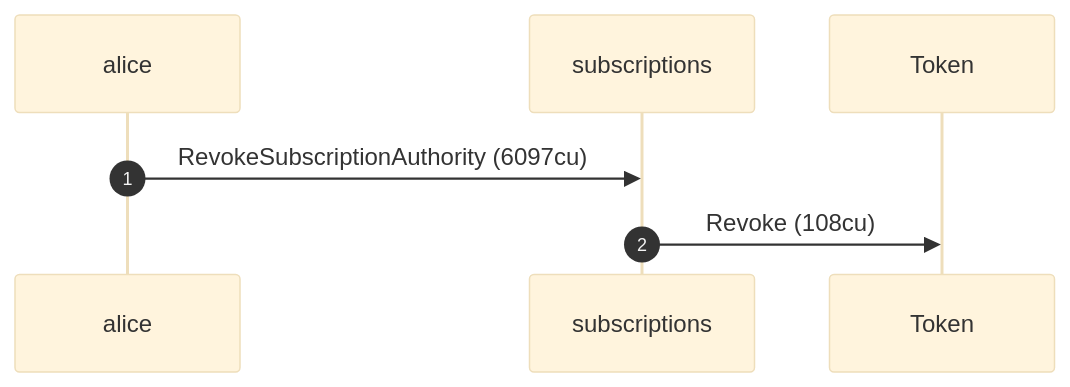
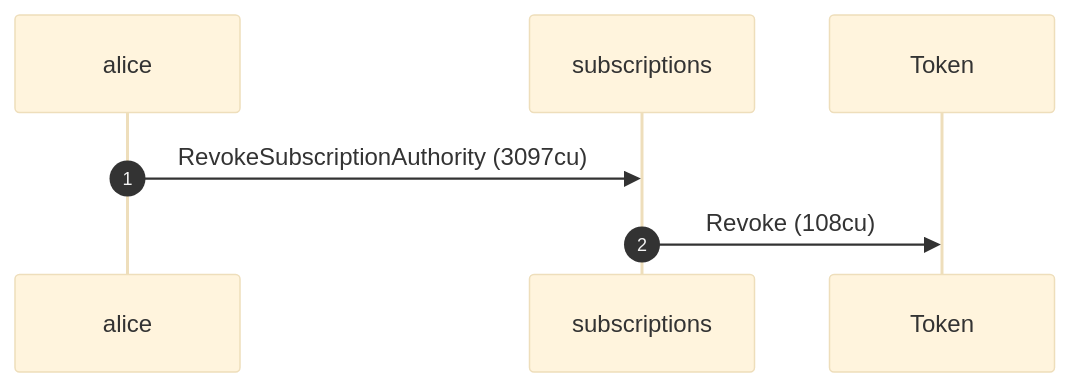
The ninth of 12 diagrams in dsl_tests/revoke-works-after-close.md (cds-rs/subscriptions), drawn with Mermaid (base theme) before and after one commit. The commit also changed other lines of this file and 224 other files, not shown here.

````diff
--- a/dsl_tests/revoke-works-after-close.md
+++ b/dsl_tests/revoke-works-after-close.md
@@ -167,9 +176,9 @@
 ```mermaid
 sequenceDiagram
     autonumber
     participant alice
     participant subscriptions
     participant Token
-    alice ->> subscriptions: RevokeSubscriptionAuthority (6097cu)
+    alice ->> subscriptions: RevokeSubscriptionAuthority (3097cu)
     subscriptions ->> Token: Revoke (108cu)
 ```
````
